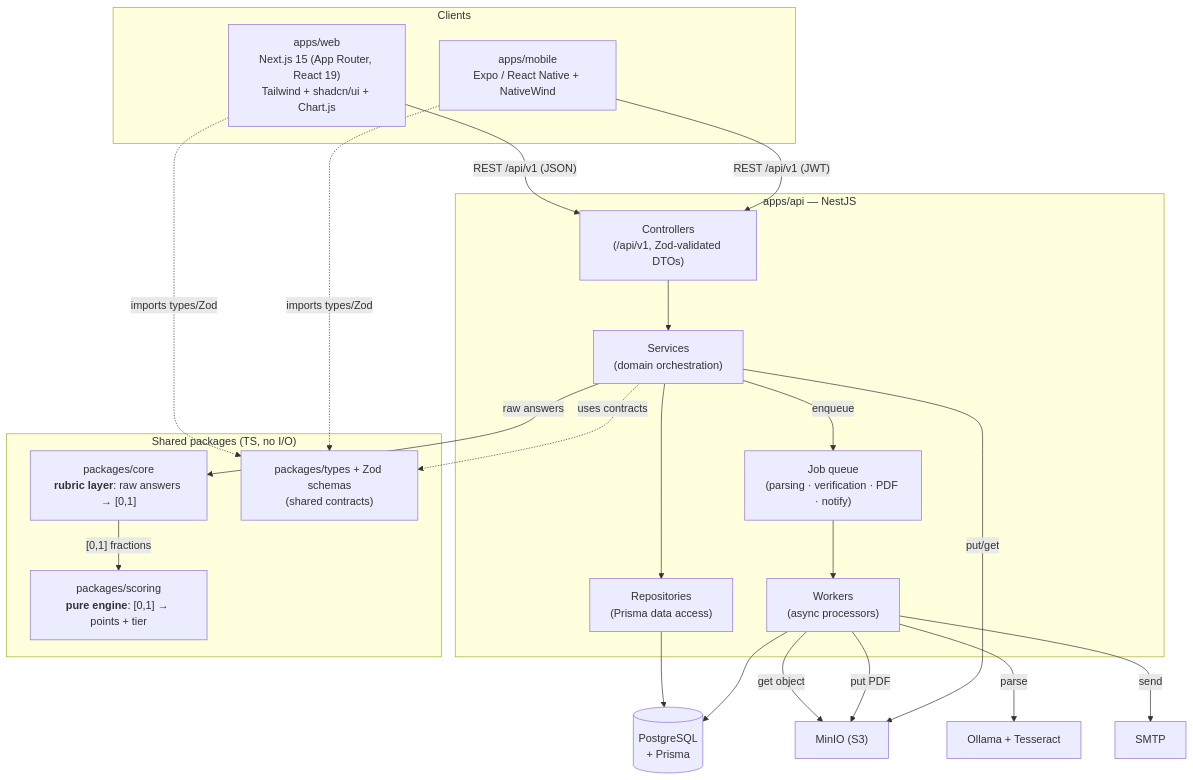
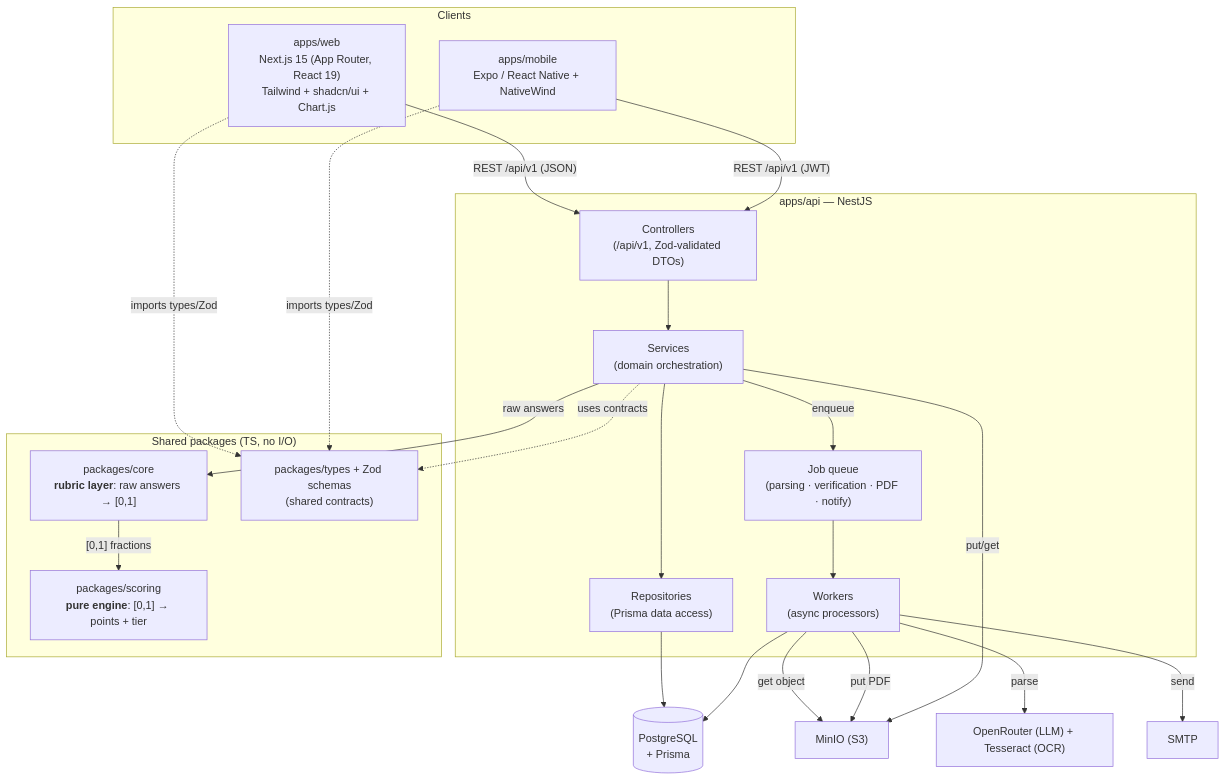
Before and after one commit to yashranaway/stabil: the second of 12 diagrams in docs/architecture/01-overview.md, drawn with Mermaid. The commit also changed other lines of this file and 27 other files, not shown here.

First line of the commit message:
Docs: switch AI provider from self-hosted Ollama to OpenRouter

````diff
--- a/docs/architecture/01-overview.md
+++ b/docs/architecture/01-overview.md
@@ -78,47 +78,47 @@
 ```mermaid
 graph TB
     subgraph Clients
         WEB["apps/web<br/>Next.js 15 (App Router, React 19)<br/>Tailwind + shadcn/ui + Chart.js"]
         MOBILE["apps/mobile<br/>Expo / React Native + NativeWind"]
     end
 
     subgraph "apps/api — NestJS"
         CTRL["Controllers<br/>(/api/v1, Zod-validated DTOs)"]
         SVC["Services<br/>(domain orchestration)"]
         REPO["Repositories<br/>(Prisma data access)"]
         QUEUE["Job queue<br/>(parsing · verification · PDF · notify)"]
         WORKER["Workers<br/>(async processors)"]
     end
 
     subgraph "Shared packages (TS, no I/O)"
         CORE["packages/core<br/><b>rubric layer</b>: raw answers → [0,1]"]
         SCORING["packages/scoring<br/><b>pure engine</b>: [0,1] → points + tier"]
         TYPES["packages/types + Zod schemas<br/>(shared contracts)"]
     end
 
     DB[("PostgreSQL<br/>+ Prisma")]
     OBJ["MinIO (S3)"]
-    LLM["Ollama + Tesseract"]
+    LLM["OpenRouter (LLM) + Tesseract (OCR)"]
     MAIL["SMTP"]
 
     WEB -->|"REST /api/v1 (JSON)"| CTRL
     MOBILE -->|"REST /api/v1 (JWT)"| CTRL
     WEB -. "imports types/Zod" .-> TYPES
     MOBILE -. "imports types/Zod" .-> TYPES
 
     CTRL --> SVC
     SVC --> REPO
     SVC -->|"raw answers"| CORE
     CORE -->|"[0,1] fractions"| SCORING
     SVC -->|"enqueue"| QUEUE
     QUEUE --> WORKER
 
     REPO --> DB
     WORKER --> DB
     WORKER -->|"get object"| OBJ
     WORKER -->|"parse"| LLM
     WORKER -->|"put PDF"| OBJ
     WORKER -->|"send"| MAIL
     SVC -->|"put/get"| OBJ
     SVC -. "uses contracts" .-> TYPES
 ```
````
